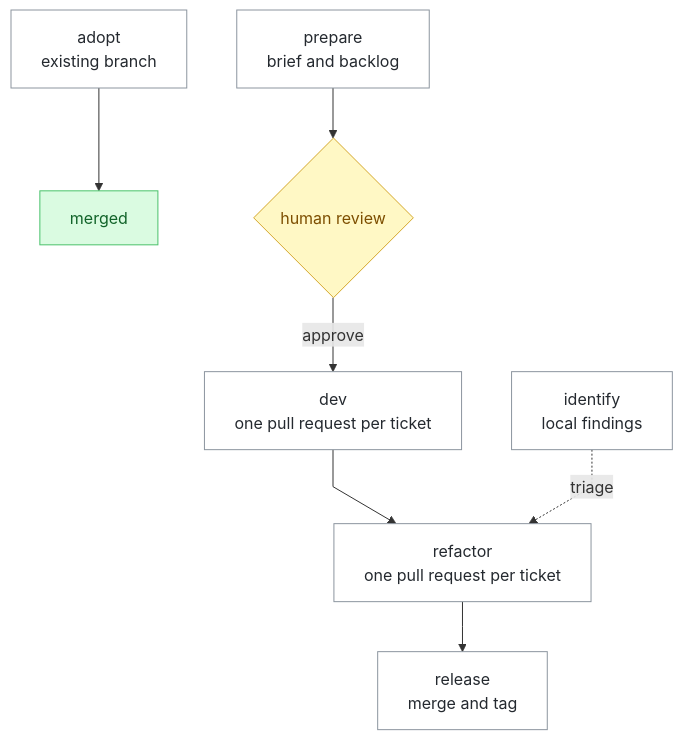
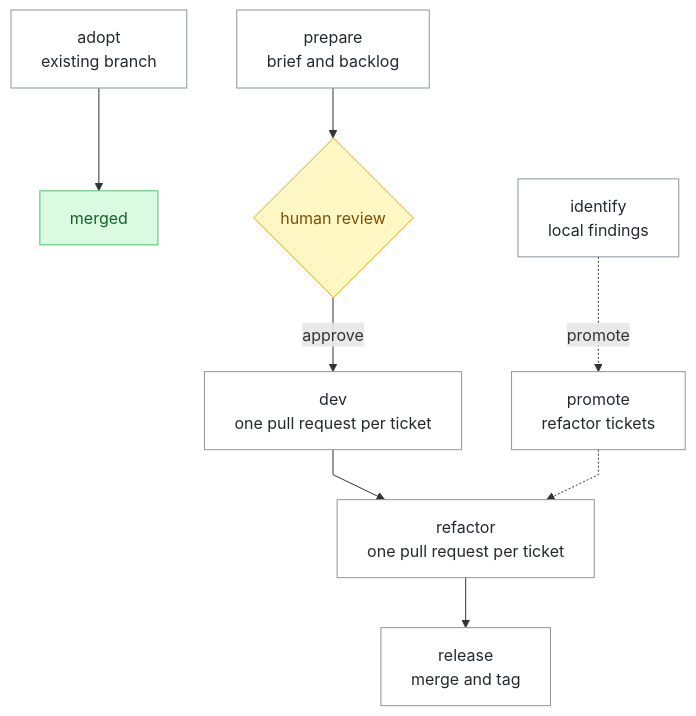
Before and after one commit to ZUNNIA/autopai: the second of 2 diagrams in docs/MANUAL.md, drawn with Mermaid. The commit also changed other lines of this file and 5 other files, not shown here.

````diff
--- a/docs/MANUAL.md
+++ b/docs/MANUAL.md
@@ -153,17 +153,18 @@
 ```mermaid
 %%{init: {"flowchart": {"curve": "linear"}}}%%
 flowchart TD
     Adopt["adopt<br/>existing branch"] --> Merged["merged"]
     Prepare["prepare<br/>brief and backlog"] --> Review{"human review"}
     Review -->|approve| Dev["dev<br/>one pull request per ticket"]
     Dev --> Refactor["refactor<br/>one pull request per ticket"]
     Refactor --> Release["release<br/>merge and tag"]
-    Identify["identify<br/>local findings"] -.->|triage| Refactor
+    Identify["identify<br/>local findings"] -.->|promote| Promote["promote<br/>refactor tickets"]
+    Promote -.-> Refactor
 
     classDef step fill:#ffffff,stroke:#8c959f,color:#24292f
     classDef gate fill:#fff8c5,stroke:#d4a72c,color:#7d4e00
     classDef done fill:#dafbe1,stroke:#4ac26b,color:#116329
-    class Prepare,Dev,Refactor,Release,Identify,Adopt step
+    class Prepare,Dev,Refactor,Release,Identify,Adopt,Promote step
     class Review gate
     class Merged done
 ```
````
